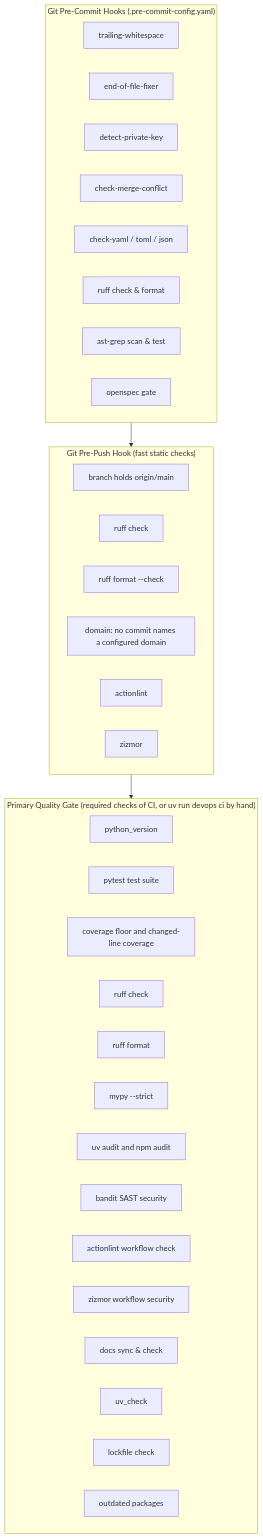
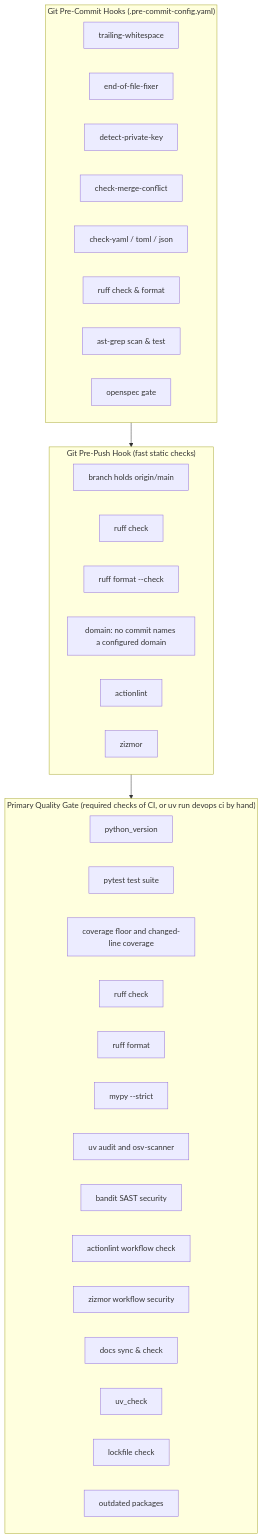
One commit to dan-petty/devops-cli changed the fifth of 8 diagrams in docs/SDLC.md. Above: the diagram before and after it, drawn with Mermaid. The commit also changed other lines of this file and 24 other files, not shown here.

First line of the commit message:
refactor(security): use the osv-scanner config for audit ignores (#6908)

````diff
--- a/docs/SDLC.md
+++ b/docs/SDLC.md
@@ -150,42 +150,42 @@
 ```mermaid
 flowchart TD
     subgraph PreCommit["Git Pre-Commit Hooks (.pre-commit-config.yaml)"]
         H1[trailing-whitespace]
         H2[end-of-file-fixer]
         H3[detect-private-key]
         H4[check-merge-conflict]
         H5[check-yaml / toml / json]
         H6[ruff check & format]
         H7[ast-grep scan & test]
         H8[openspec gate]
     end
 
     subgraph PrePush["Git Pre-Push Hook (fast static checks)"]
         P0[branch holds origin/main]
         P1[ruff check]
         P2[ruff format --check]
         P2b[domain: no commit names a configured domain]
         P3[actionlint]
         P4[zizmor]
     end
 
     subgraph CIQualityGate["Primary Quality Gate (required checks of CI, or uv run devops ci by hand)"]
         G1[python_version]
         G2[pytest test suite]
         G3[coverage floor and changed-line coverage]
         G4[ruff check]
         G5[ruff format]
         G6[mypy --strict]
-        G7[uv audit and npm audit]
+        G7[uv audit and osv-scanner]
         G8[bandit SAST security]
         G9[actionlint workflow check]
         G9b[zizmor workflow security]
         G10[docs sync & check]
         G11[uv_check]
         G12[lockfile check]
         G13[outdated packages]
     end
 
     PreCommit --> PrePush
     PrePush --> CIQualityGate
 ```
````
